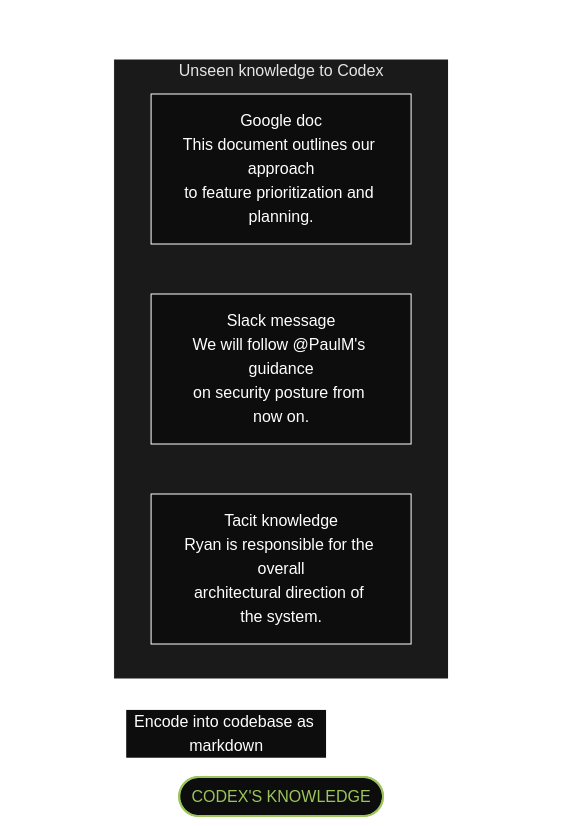
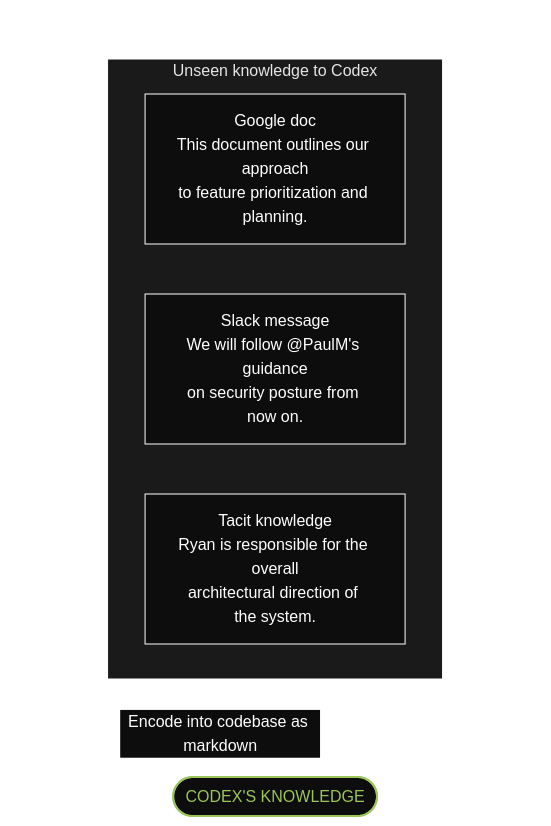
One commit to ririnto/sinon changed the third of 4 diagrams in plugins/harness/skills/harness-install/assets/common/docs/references/openai-harness-engineering.md. Above: the diagram before and after it, drawn with Mermaid. The commit also changed other lines of this file and 259 other files, not shown here.

````diff
--- a/plugins/harness/skills/harness-install/assets/common/docs/references/openai-harness-engineering.md
+++ b/plugins/harness/skills/harness-install/assets/common/docs/references/openai-harness-engineering.md
@@ -198,26 +211,26 @@
 ```mermaid
 ---
-title: The limits of agent knowledge — what Codex can't see doesn't exist
+title: The limits of agent knowledge - what Codex can't see doesn't exist
 config:
   theme: base
   themeVariables:
     background: '#0d0d0d'
     primaryColor: '#0d0d0d'
     primaryTextColor: '#FFFFFF'
     primaryBorderColor: '#FFFFFF'
     lineColor: '#FFFFFF'
     clusterBkg: '#1a1a1a'
     clusterBorder: '#FFFFFF'
 ---
 flowchart TB
     Knowledge(["CODEX'S KNOWLEDGE"]):::accent
     subgraph Unseen[Unseen knowledge to Codex]
         direction LR
         GDoc["Google doc<br/>This document outlines our approach<br/>to feature prioritization and planning."]
         Slack["Slack message<br/>We will follow @PaulM's guidance<br/>on security posture from now on."]
         Tacit["Tacit knowledge<br/>Ryan is responsible for the overall<br/>architectural direction of the system."]
     end
     Knowledge -.-> Unseen
     Unseen ==>|Encode into codebase as markdown| Knowledge
     classDef accent fill:#0d0d0d,stroke:#9CC65B,color:#9CC65B,stroke-width:2px
 ```
````
